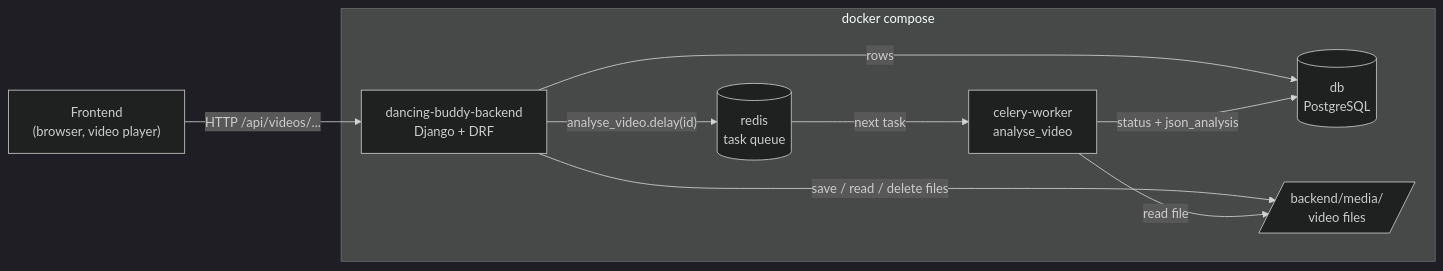
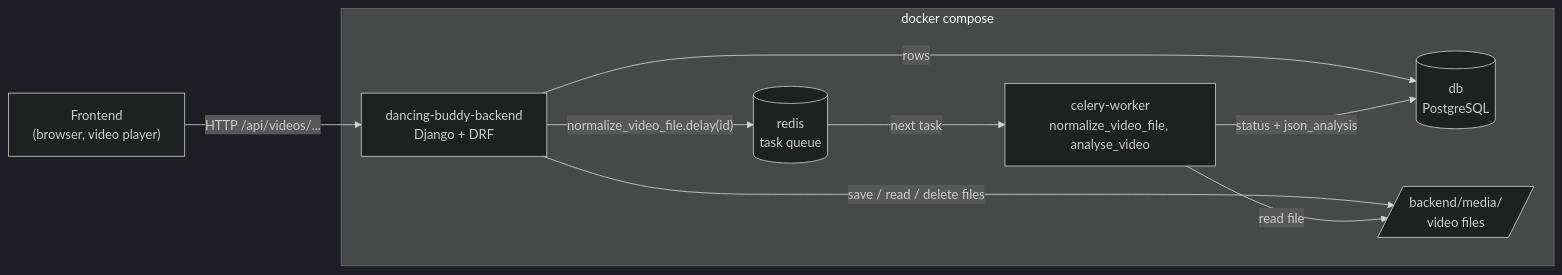
One commit to p0mpon/zpi-dancingbuddy changed the second of 3 diagrams in backend/videos/README.md. Above: the diagram before and after it, drawn with Mermaid (dark theme). The commit also changed other lines of this file and 32 other files, not shown here.

````diff
--- a/backend/videos/README.md
+++ b/backend/videos/README.md
@@ -269,19 +280,19 @@
 ```mermaid
 flowchart LR
     FE["Frontend<br/>(browser, video player)"]
     subgraph docker compose
         WEB["dancing-buddy-backend<br/>Django + DRF"]
         REDIS[("redis<br/>task queue")]
-        WORKER["celery-worker<br/>analyse_video"]
+        WORKER["celery-worker<br/>normalize_video_file, analyse_video"]
         DB[("db<br/>PostgreSQL")]
         MEDIA[/"backend/media/<br/>video files"/]
     end
 
     FE -- "HTTP /api/videos/..." --> WEB
     WEB -- "rows" --> DB
     WEB -- "save / read / delete files" --> MEDIA
-    WEB -- "analyse_video.delay(id)" --> REDIS
+    WEB -- "normalize_video_file.delay(id)" --> REDIS
     REDIS -- "next task" --> WORKER
     WORKER -- "read file" --> MEDIA
     WORKER -- "status + json_analysis" --> DB
 ```
````
